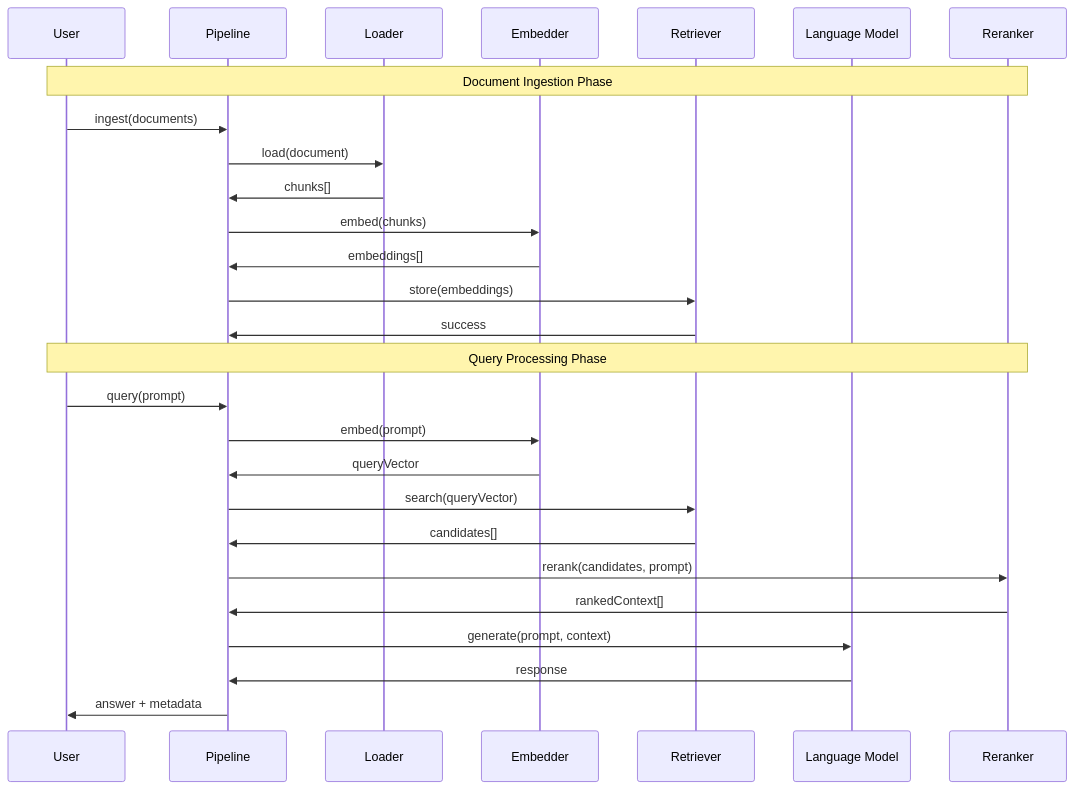
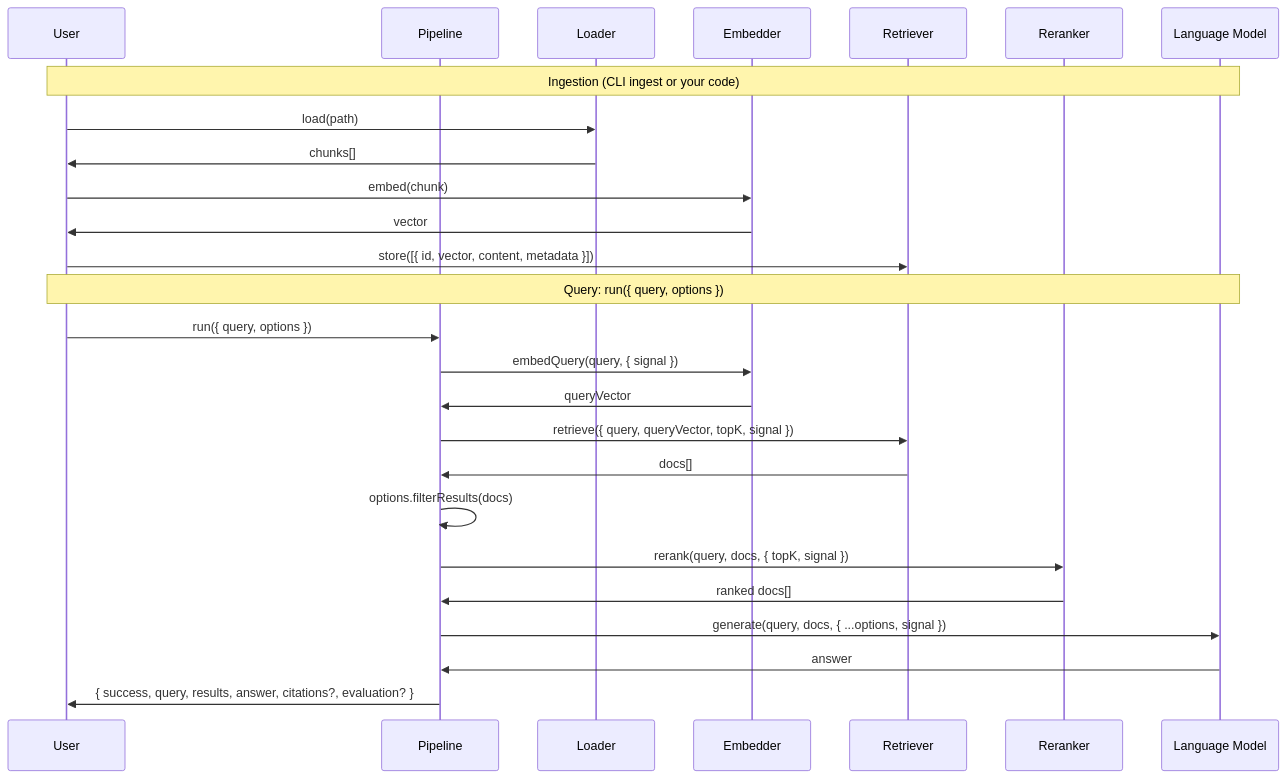
The second of 2 diagrams in docs-site/docs/Architecture.md (DevilsDev/rag-pipeline-utils), drawn with Mermaid before and after one commit. The commit also changed other lines of this file and 27 other files, not shown here.

````diff
--- a/docs-site/docs/Architecture.md
+++ b/docs-site/docs/Architecture.md
@@ -110,31 +104,30 @@
 ```mermaid
 sequenceDiagram
     participant U as User
     participant P as Pipeline
     participant L as Loader
     participant E as Embedder
     participant R as Retriever
+    participant Re as Reranker
     participant LLM as Language Model
-    participant Re as Reranker
 
-    Note over U,Re: Document Ingestion Phase
-    U->>P: ingest(documents)
-    P->>L: load(document)
-    L->>P: chunks[]
-    P->>E: embed(chunks)
-    E->>P: embeddings[]
-    P->>R: store(embeddings)
-    R->>P: success
+    Note over U,LLM: Ingestion (CLI ingest or your code)
+    U->>L: load(path)
+    L->>U: chunks[]
+    U->>E: embed(chunk)
+    E->>U: vector
+    U->>R: store([{ id, vector, content, metadata }])
 
-    Note over U,Re: Query Processing Phase
-    U->>P: query(prompt)
-    P->>E: embed(prompt)
+    Note over U,LLM: Query: run({ query, options })
+    U->>P: run({ query, options })
+    P->>E: embedQuery(query, { signal })
     E->>P: queryVector
-    P->>R: search(queryVector)
-    R->>P: candidates[]
-    P->>Re: rerank(candidates, prompt)
-    Re->>P: rankedContext[]
-    P->>LLM: generate(prompt, context)
-    LLM->>P: response
-    P->>U: answer + metadata
+    P->>R: retrieve({ query, queryVector, topK, signal })
+    R->>P: docs[]
+    P->>P: options.filterResults(docs)
+    P->>Re: rerank(query, docs, { topK, signal })
+    Re->>P: ranked docs[]
+    P->>LLM: generate(query, docs, { ...options, signal })
+    LLM->>P: answer
+    P->>U: { success, query, results, answer, citations?, evaluation? }
 ```
````
